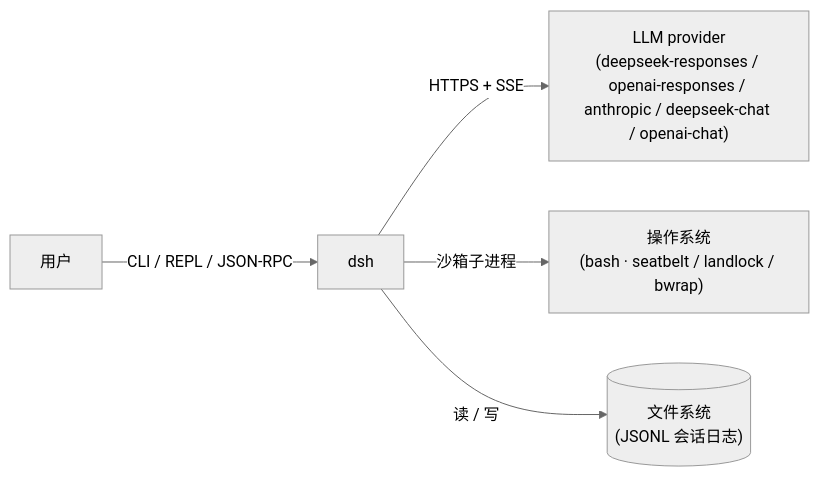
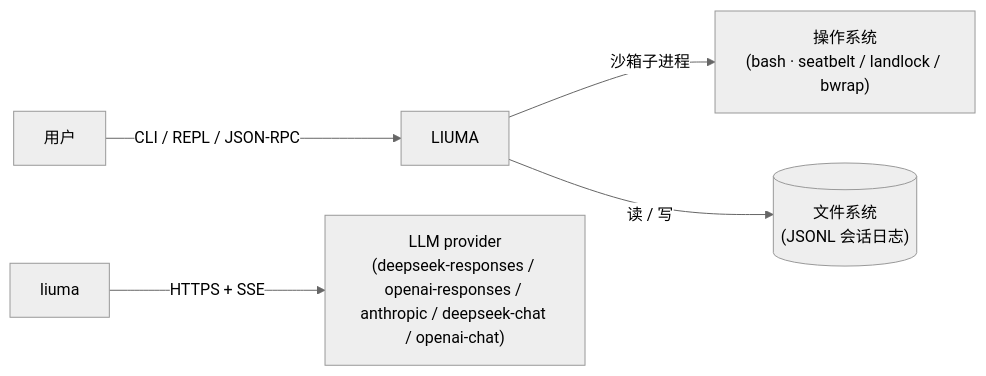
Before and after one commit to leexbo/deepseek-harness-rs: the first of 3 diagrams in docs/design.md, drawn with Mermaid (neutral theme). The commit also changed other lines of this file and 460 other files, not shown here.

````diff
--- a/docs/design.md
+++ b/docs/design.md
@@ -29,7 +29,7 @@
 ```mermaid
 flowchart LR
-    USER["用户"] -->|"CLI / REPL / JSON-RPC"| DSH
-    DSH["dsh"] -->|"HTTPS + SSE"| LLM["LLM provider<br/>(deepseek-responses / openai-responses / anthropic / deepseek-chat / openai-chat)"]
-    DSH -->|"沙箱子进程"| OS["操作系统<br/>(bash · seatbelt / landlock / bwrap)"]
-    DSH -->|"读 / 写"| FS[("文件系统<br/>(JSONL 会话日志)")]
+    USER["用户"] -->|"CLI / REPL / JSON-RPC"| LIUMA
+    DSH["liuma"] -->|"HTTPS + SSE"| LLM["LLM provider<br/>(deepseek-responses / openai-responses / anthropic / deepseek-chat / openai-chat)"]
+    LIUMA -->|"沙箱子进程"| OS["操作系统<br/>(bash · seatbelt / landlock / bwrap)"]
+    LIUMA -->|"读 / 写"| FS[("文件系统<br/>(JSONL 会话日志)")]
 ```
````
